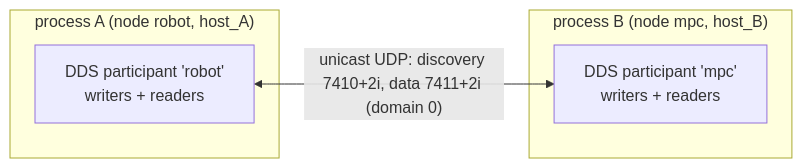
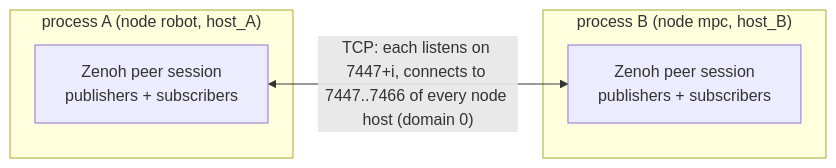
The diagram in robot_runtime/robot_ipc/README.md (nicholaspalomo/wb_humanoid_mpc), drawn with Mermaid before and after one commit. The commit also changed other lines of this file and 118 other files, not shown here.

First line of the commit message:
Replace Cyclone DDS with Eclipse Zenoh as the IPC bus

````diff
--- a/robot_runtime/robot_ipc/README.md
+++ b/robot_runtime/robot_ipc/README.md
@@ -15,10 +16,10 @@
 ```mermaid
 flowchart LR
   subgraph A["process A (node robot, host_A)"]
-    PA["DDS participant 'robot'<br/>writers + readers"]
+    PA["Zenoh peer session<br/>publishers + subscribers"]
   end
   subgraph B["process B (node mpc, host_B)"]
-    PB["DDS participant 'mpc'<br/>writers + readers"]
+    PB["Zenoh peer session<br/>publishers + subscribers"]
   end
-  PA <-- "unicast UDP: discovery 7410+2i, data 7411+2i (domain 0)" --> PB
+  PA <-- "TCP: each listens on 7447+i, connects to 7447..7466 of every node host (domain 0)" --> PB
 ```
````
